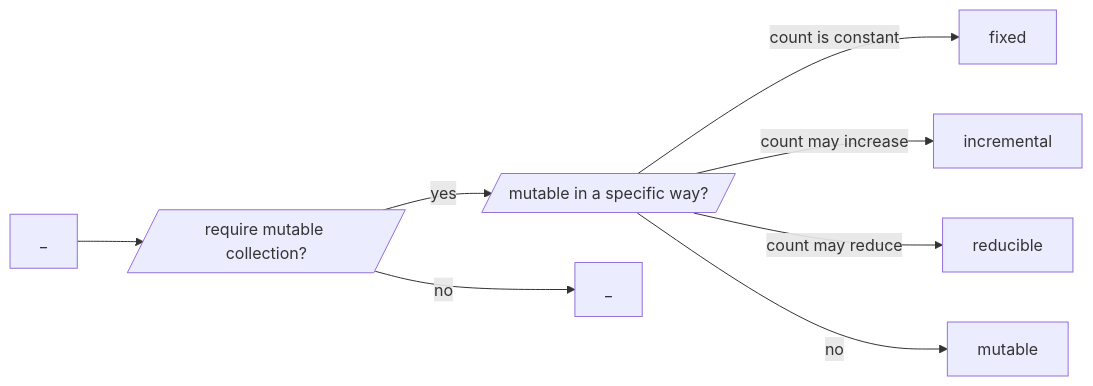
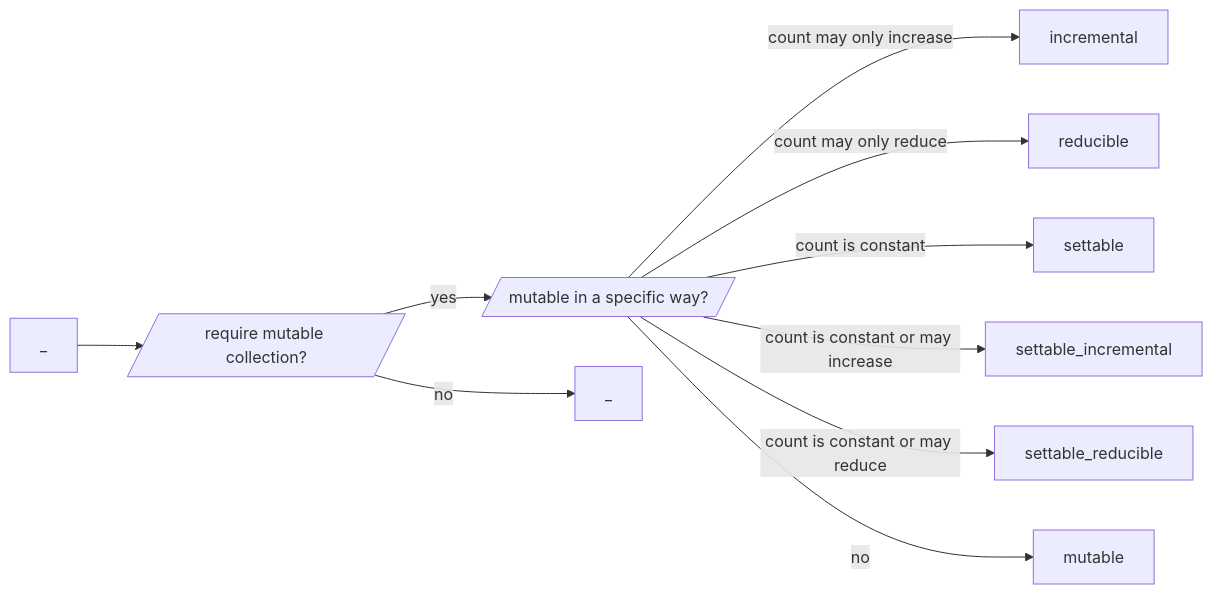
One commit to pretore/aquarium-butterflyfish changed the second of 2 diagrams in README.md. Above: the diagram before and after it, drawn with Mermaid. The commit also changed other lines of this file and 7 other files, not shown here.

````diff
--- a/README.md
+++ b/README.md
@@ -28,10 +25,12 @@
 ```mermaid
 flowchart LR
     A["_"] --> B[/"require mutable collection?"/]
     B -->|yes| C[/"mutable in a specific way?"/]
-    C -->|count is constant| E["fixed"]
-    C -->|count may increase| F["incremental"]
-    C -->|count may reduce| G["reducible"]
+    C -->|count may only increase| E["incremental"]
+    C -->|count may only reduce| F["reducible"]
+    C -->|count is constant| G["settable"]
+    C -->|count is constant or may increase| H["settable_incremental"]
+    C -->|count is constant or may reduce| I["settable_reducible"]
     C -->|no| D["mutable"]
-    B -->|no| H["_"]
+    B -->|no| Z["_"]
 ```
````
